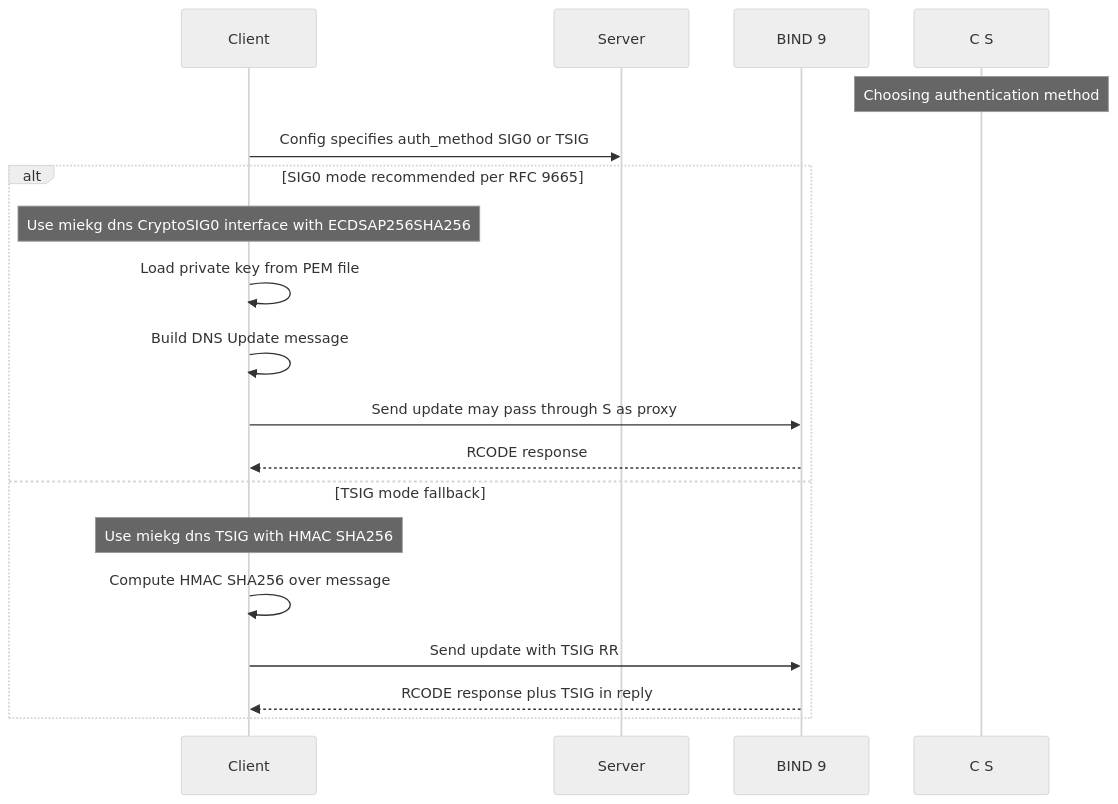
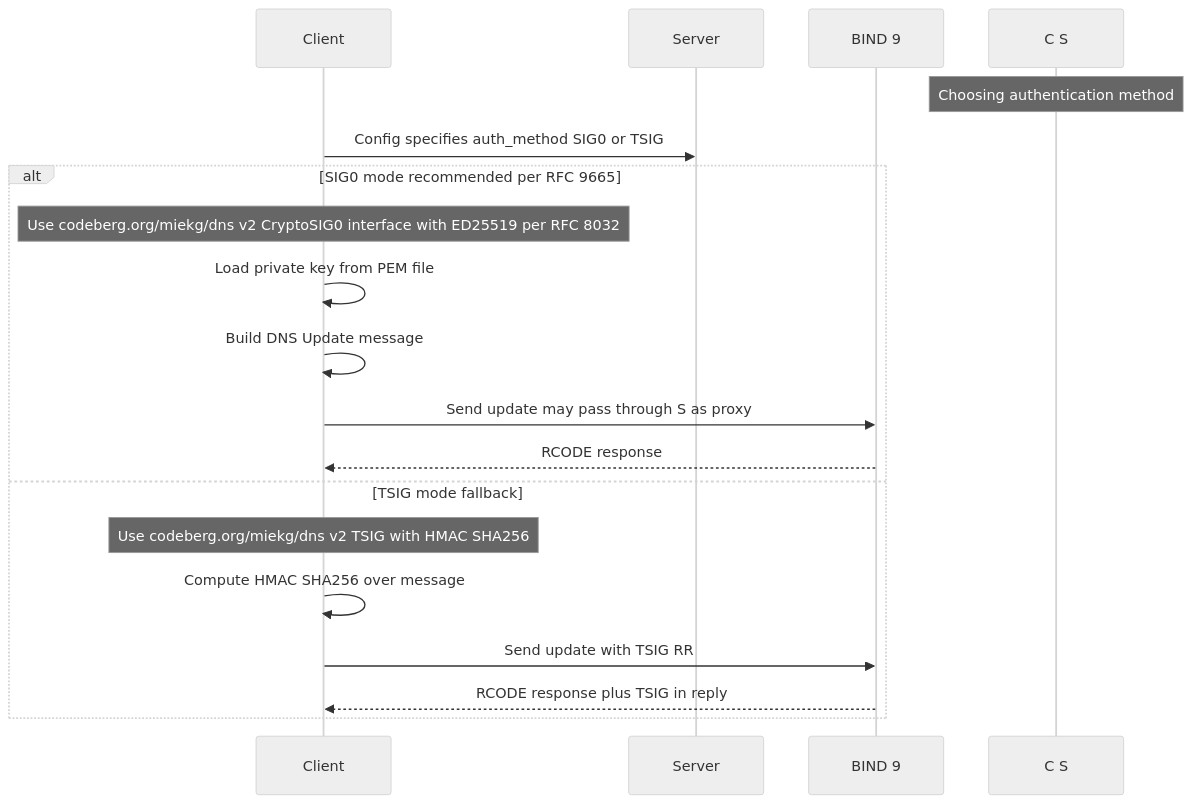
The fourth of 4 diagrams in diagrams/authentication-paths.md (NetworkCommons/sig0lease), drawn with Mermaid (neutral theme) before and after one commit. The commit also changed other lines of this file and 8 other files, not shown here.

Commit message:
Trying to address: - quotes miekg dns module v1 on github, should be v2 https://codeberg.org/miekg/dns for forward sustainability - mentions ECDSAP256SHA256 for SIG0 should be ED25519 keypairs for sig0namectl compat.

````diff
--- a/diagrams/authentication-paths.md
+++ b/diagrams/authentication-paths.md
@@ -111,24 +111,24 @@
 ```mermaid
 sequenceDiagram
     participant C as Client
     participant S as Server
     participant Bind as BIND 9
 
     Note over C S: Choosing authentication method
     C->>S: Config specifies auth_method SIG0 or TSIG
 
     alt SIG0 mode recommended per RFC 9665
-        Note over C: Use miekg dns CryptoSIG0 interface with ECDSAP256SHA256
+        Note over C: Use codeberg.org/miekg/dns v2 CryptoSIG0 interface with ED25519 per RFC 8032
 
         C->>C: Load private key from PEM file
         C->>C: Build DNS Update message
         C->>Bind: Send update may pass through S as proxy
         Bind-->>C: RCODE response
     else TSIG mode fallback
-        Note over C: Use miekg dns TSIG with HMAC SHA256
+        Note over C: Use codeberg.org/miekg/dns v2 TSIG with HMAC SHA256
 
         C->>C: Compute HMAC SHA256 over message
         C->>Bind: Send update with TSIG RR
         Bind-->>C: RCODE response plus TSIG in reply
     end
 ```
````
